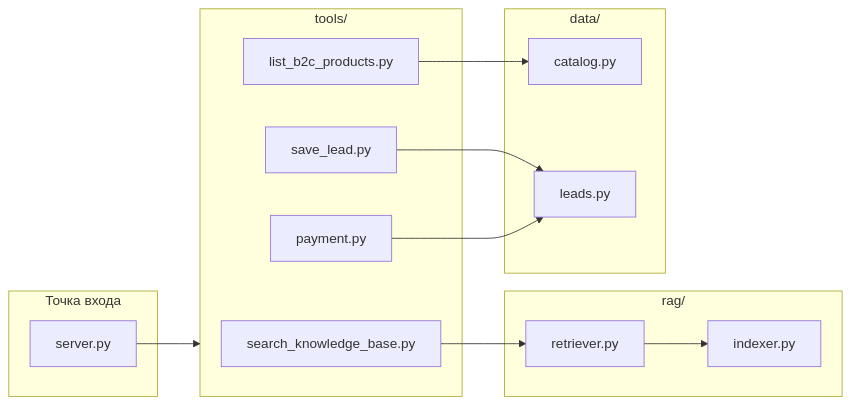
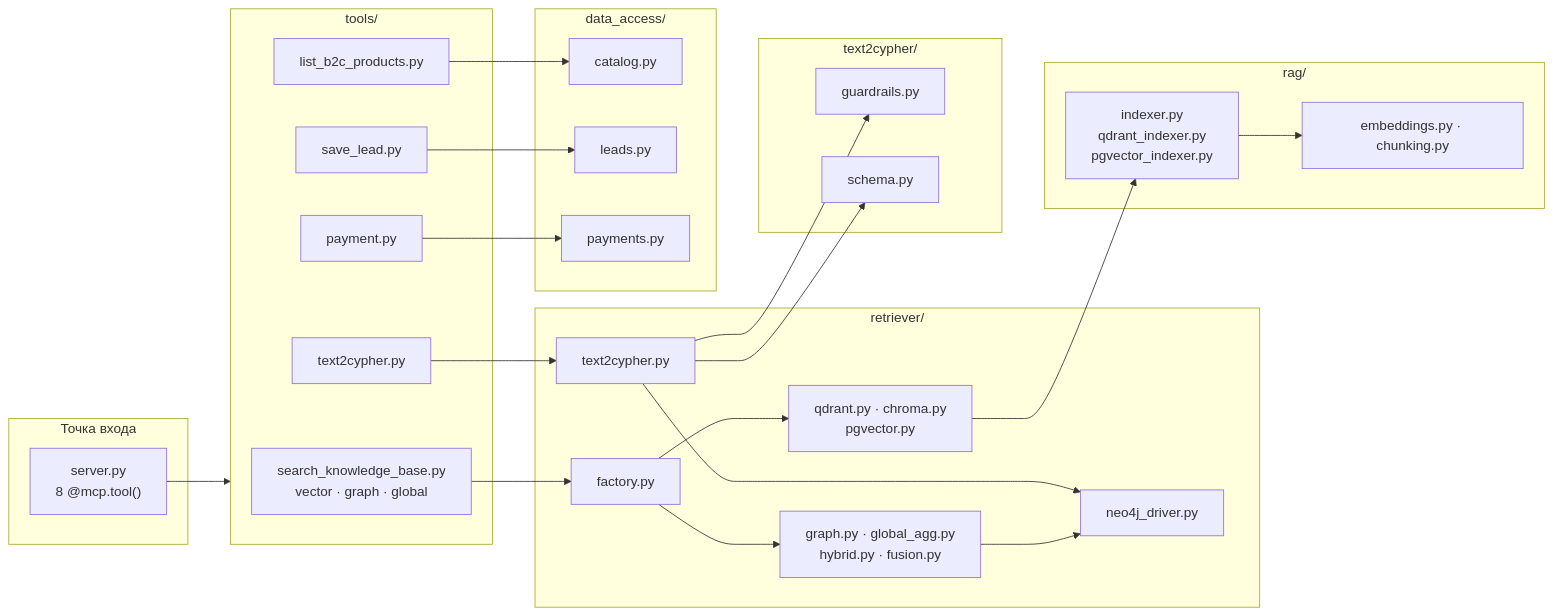
One commit to vzolotopupov77/llmstart-agent changed the eighth of 9 diagrams in docs/concept/architecture.md. Above: the diagram before and after it, drawn with Mermaid. The commit also changed other lines of this file and 115 other files, not shown here.

````diff
--- a/docs/concept/architecture.md
+++ b/docs/concept/architecture.md
@@ -289,30 +343,53 @@
 ```mermaid
 flowchart LR
     subgraph entry["Точка входа"]
-        S[server.py]
+        S["server.py<br/>8 @mcp.tool()"]
     end
 
     subgraph tools_pkg["tools/"]
-        T1[search_knowledge_base.py]
+        T1[search_knowledge_base.py<br/>vector · graph · global]
+        T5[text2cypher.py]
         T2[list_b2c_products.py]
         T3[save_lead.py]
         T4[payment.py]
     end
 
-    subgraph rag["rag/"]
-        IDX[indexer.py]
-        RET[retriever.py]
+    subgraph retr["retriever/"]
+        FAC[factory.py]
+        QD[qdrant.py · chroma.py<br/>pgvector.py]
+        GR[graph.py · global_agg.py<br/>hybrid.py · fusion.py]
+        T2C[text2cypher.py]
+        DRV[neo4j_driver.py]
     end
 
-    subgraph data_access["data/"]
+    subgraph t2c["text2cypher/"]
+        GRD[guardrails.py]
+        SCH[schema.py]
+    end
+
+    subgraph rag["rag/"]
+        IDX[indexer.py<br/>qdrant_indexer.py<br/>pgvector_indexer.py]
+        EMB[embeddings.py · chunking.py]
+    end
+
+    subgraph data_access["data_access/"]
         CAT[catalog.py]
         LEAD[leads.py]
+        PAY[payments.py]
     end
 
     S --> tools_pkg
-    T1 --> RET
-    RET --> IDX
+    T1 --> FAC
+    FAC --> QD
+    FAC --> GR
+    T5 --> T2C
+    T2C --> GRD
+    T2C --> SCH
+    T2C --> DRV
+    GR --> DRV
+    QD --> IDX
+    IDX --> EMB
     T2 --> CAT
     T3 --> LEAD
-    T4 --> LEAD
+    T4 --> PAY
 ```
````
